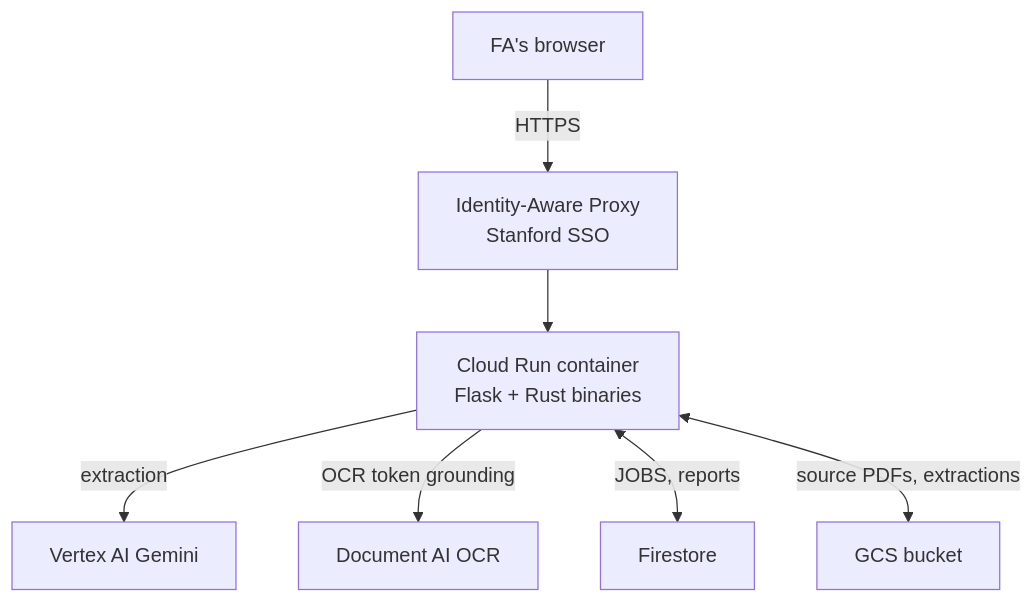
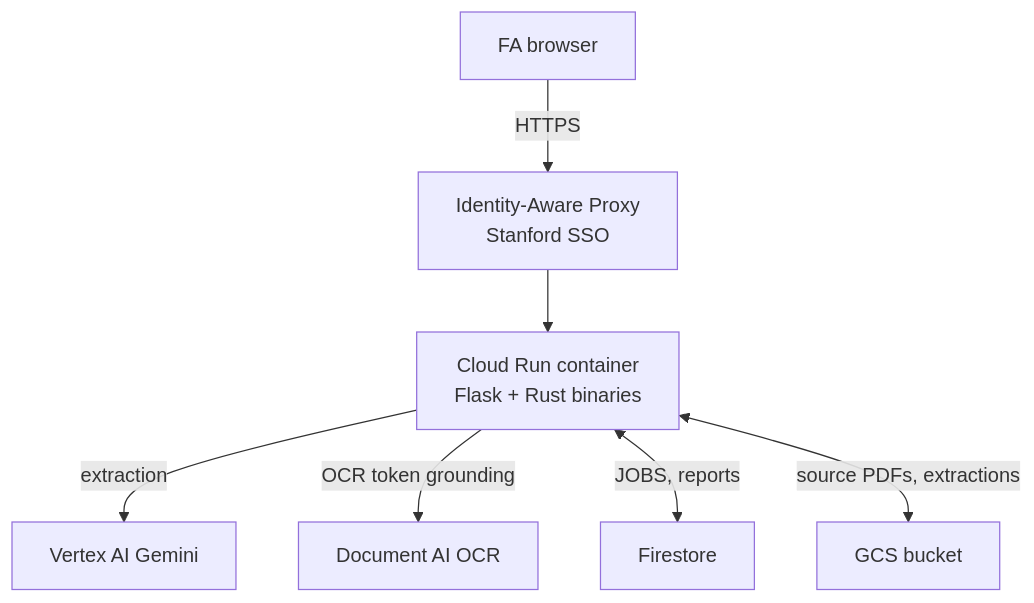
One commit to aweditya/expense-reports-automation changed the diagram in docs/onboarding.md. Above: the diagram before and after it, drawn with Mermaid. The commit also changed other lines of this file and 5 other files, not shown here.

````diff
--- a/docs/onboarding.md
+++ b/docs/onboarding.md
@@ -32,17 +24,17 @@
 ```mermaid
 graph TB
-  FA[FA's browser]
+  FA[FA browser]
   IAP[Identity-Aware Proxy<br/>Stanford SSO]
   CR[Cloud Run container<br/>Flask + Rust binaries]
   V[Vertex AI Gemini]
   D[Document AI OCR]
   FS[Firestore]
   GCS[GCS bucket]
 
   FA -->|HTTPS| IAP
   IAP --> CR
   CR -->|extraction| V
   CR -->|OCR token grounding| D
   CR <-->|JOBS, reports| FS
   CR <-->|source PDFs, extractions| GCS
 ```
````
